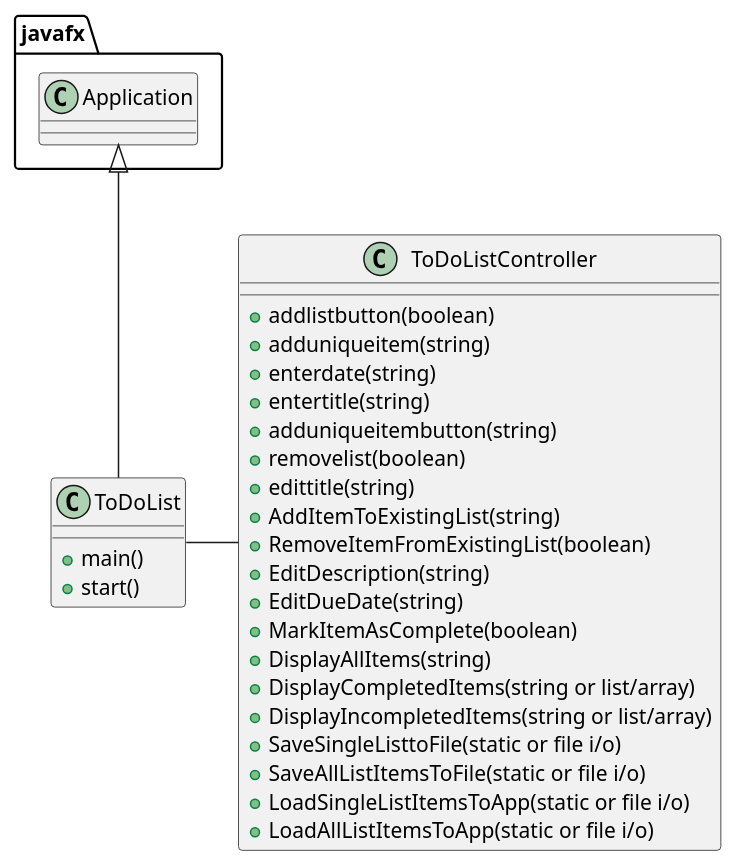
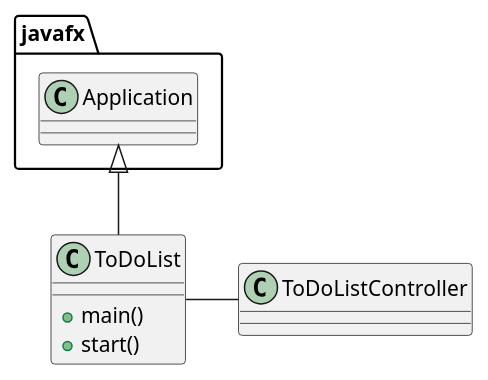
One commit to anthonyisadulting/banaag-cop3330-assignment4part2 changed the diagram in uml/todolist.puml. Above: the diagram before and after it, drawn with PlantUML. The commit also changed 1 other file, not shown here.

Commit message:
fourth.5 commit: got the removeitem function working and remove all itemfunction working! cleaned out some comments

```diff
--- a/uml/todolist.puml
+++ b/uml/todolist.puml
@@ -1,36 +1,18 @@
 @startuml
 'https://plantuml.com/class-diagram
 
 
 
 
 class ToDoList{
 +main()
 +start()
 }
 
 class ToDoListController{
-     +addlistbutton(boolean)
-     +adduniqueitem(string)
-     +enterdate(string)
-     +entertitle(string)
-     +adduniqueitembutton(string)
-     +removelist(boolean)
-     +edittitle(string)
-     +AddItemToExistingList(string)
-     +RemoveItemFromExistingList(boolean)
-     +EditDescription(string)
-     +EditDueDate(string)
-     +MarkItemAsComplete(boolean)
-     +DisplayAllItems(string)
-     +DisplayCompletedItems(string or list/array)
-     +DisplayIncompletedItems(string or list/array)
-     +SaveSingleListtoFile(static or file i/o)
-     +SaveAllListItemsToFile(static or file i/o)
-     +LoadSingleListItemsToApp(static or file i/o)
-     +LoadAllListItemsToApp(static or file i/o)
+
 }
 javafx.Application <|--ToDoList
 ToDoList- ToDoListController
 
 @enduml
```
